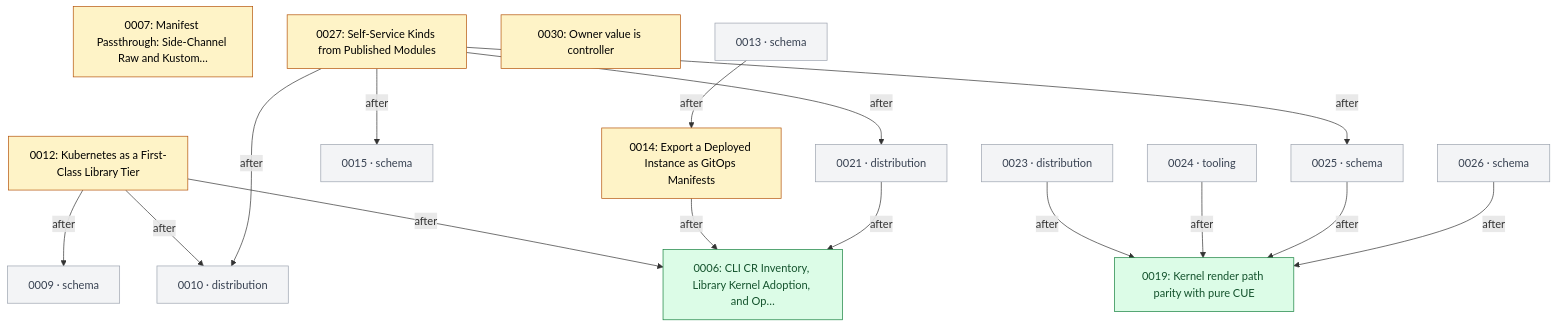
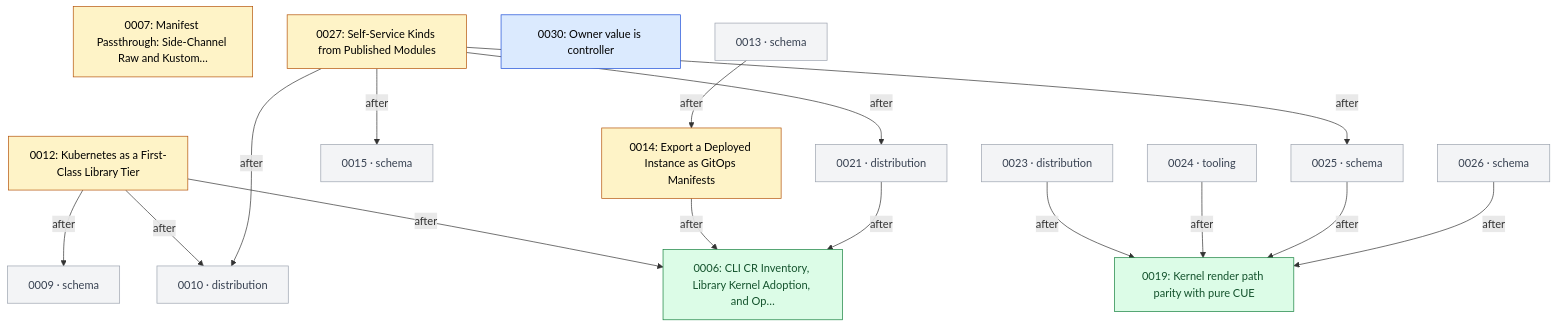
One commit to open-platform-model/enhancements changed the third of 6 diagrams in GRAPH.md. Above: the diagram before and after it, drawn with Mermaid. The commit also changed 3 other files, not shown here.

````diff
--- a/GRAPH.md
+++ b/GRAPH.md
@@ -88,43 +88,43 @@
 ```mermaid
 graph TD
   classDef draft       fill:#fef3c7,stroke:#b45309,color:#000
   classDef accepted    fill:#dbeafe,stroke:#1d4ed8,color:#000
   classDef rejected    fill:#fee2e2,stroke:#b91c1c,color:#7f1d1d,stroke-dasharray:4 2
   classDef withdrawn   fill:#fef2f2,stroke:#b91c1c,color:#7f1d1d,stroke-dasharray:1 3
   classDef superseded  fill:#e5e7eb,stroke:#6b7280,color:#6b7280
   classDef delivered   fill:#dcfce7,stroke:#15803d,color:#14532d
   classDef stub        fill:#f3f4f6,stroke:#9ca3af,color:#374151
   classDef category    fill:#ede9fe,stroke:#6d28d9,color:#000
 
   N0006["0006: CLI CR Inventory, Library Kernel Adoption, and Op…"]:::delivered
   N0007["0007: Manifest Passthrough: Side-Channel Raw and Kustom…"]:::draft
   N0012["0012: Kubernetes as a First-Class Library Tier"]:::draft
   N0014["0014: Export a Deployed Instance as GitOps Manifests"]:::draft
   N0019["0019: Kernel render path parity with pure CUE"]:::delivered
   N0027["0027: Self-Service Kinds from Published Modules"]:::draft
-  N0030["0030: Owner value is controller"]:::draft
+  N0030["0030: Owner value is controller"]:::accepted
   N0009["0009 · schema"]:::stub
   N0010["0010 · distribution"]:::stub
   N0013["0013 · schema"]:::stub
   N0015["0015 · schema"]:::stub
   N0021["0021 · distribution"]:::stub
   N0023["0023 · distribution"]:::stub
   N0024["0024 · tooling"]:::stub
   N0025["0025 · schema"]:::stub
   N0026["0026 · schema"]:::stub
 
   N0012 -->|after| N0006
   N0012 -->|after| N0009
   N0012 -->|after| N0010
   N0013 -->|after| N0014
   N0014 -->|after| N0006
   N0021 -->|after| N0006
   N0023 -->|after| N0019
   N0024 -->|after| N0019
   N0025 -->|after| N0019
   N0026 -->|after| N0019
   N0027 -->|after| N0010
   N0027 -->|after| N0015
   N0027 -->|after| N0021
   N0027 -->|after| N0025
 ```
````
